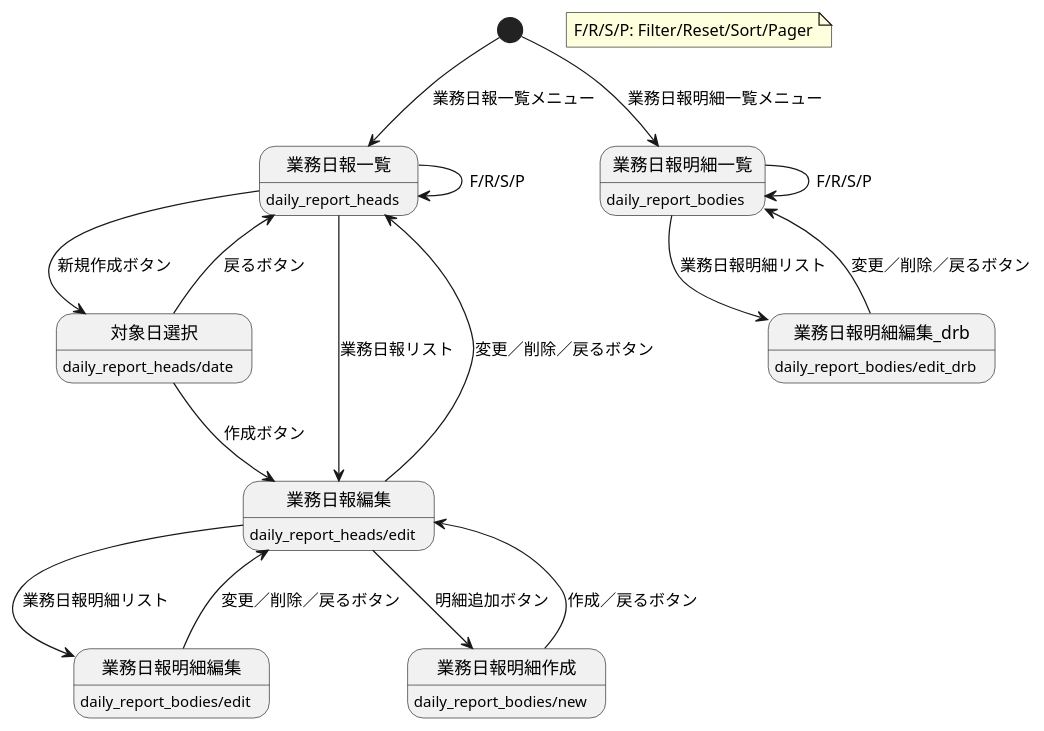
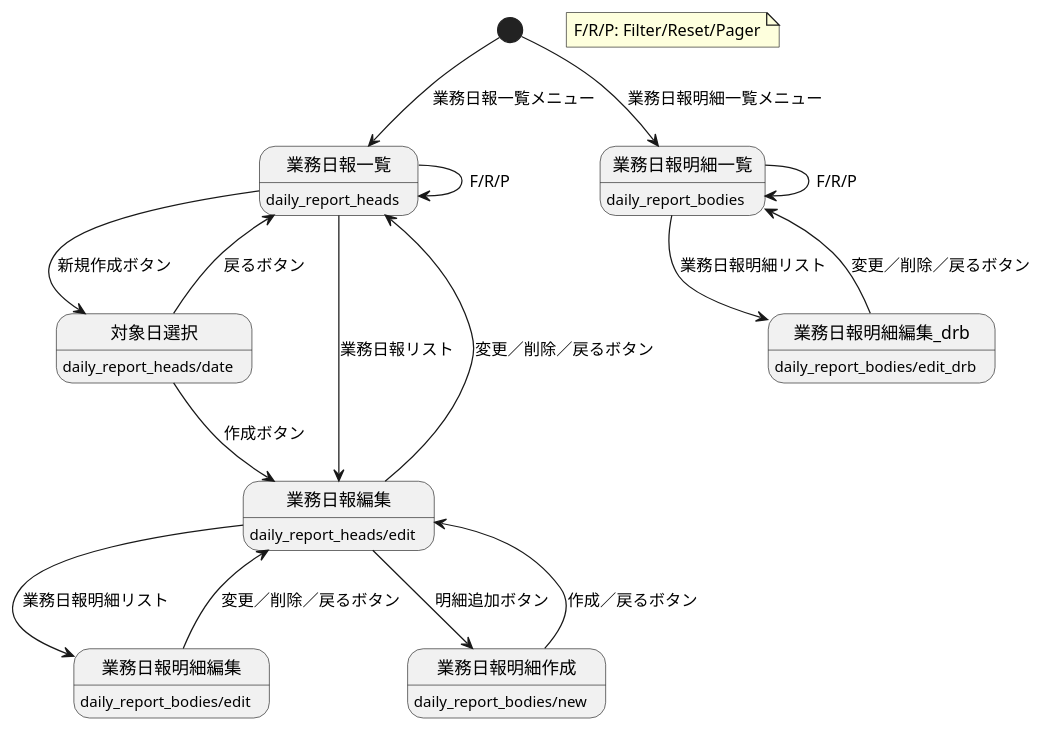
The diagram in docs/daily_reports.pu (cedge1michi/tass_mock-frontend), drawn with PlantUML before and after one commit. The commit also changed 26 other files, not shown here.

```diff
--- a/docs/daily_reports.pu
+++ b/docs/daily_reports.pu
@@ -1,35 +1,35 @@
 @startuml 業務日報
 [*] --> 業務日報一覧: 業務日報一覧メニュー
 
 業務日報一覧 --> 対象日選択: 新規作成ボタン
 対象日選択 --> 業務日報一覧: 戻るボタン
 対象日選択 --> 業務日報編集: 作成ボタン
 
 業務日報一覧 --> 業務日報編集: 業務日報リスト
 業務日報編集 --> 業務日報一覧: 変更／削除／戻るボタン
 
 業務日報編集 --> 業務日報明細編集: 業務日報明細リスト
 業務日報明細編集 --> 業務日報編集: 変更／削除／戻るボタン
 
 業務日報編集 --> 業務日報明細作成: 明細追加ボタン
 業務日報明細作成 --> 業務日報編集: 作成／戻るボタン
 
-業務日報一覧 --> 業務日報一覧: F/R/S/P
+業務日報一覧 --> 業務日報一覧: F/R/P
 
 [*] --> 業務日報明細一覧: 業務日報明細一覧メニュー
 
 業務日報明細一覧 --> 業務日報明細編集_drb: 業務日報明細リスト
 業務日報明細編集_drb --> 業務日報明細一覧: 変更／削除／戻るボタン
 
-業務日報明細一覧 --> 業務日報明細一覧: F/R/S/P
+業務日報明細一覧 --> 業務日報明細一覧: F/R/P
 
 業務日報一覧: daily_report_heads
 対象日選択: daily_report_heads/date
 業務日報編集: daily_report_heads/edit
 業務日報明細一覧: daily_report_bodies
 業務日報明細編集: daily_report_bodies/edit
 業務日報明細編集_drb: daily_report_bodies/edit_drb
 業務日報明細作成: daily_report_bodies/new
 
-note "F/R/S/P: Filter/Reset/Sort/Pager" as Note1
+note "F/R/P: Filter/Reset/Pager" as Note1
 @enduml
```
